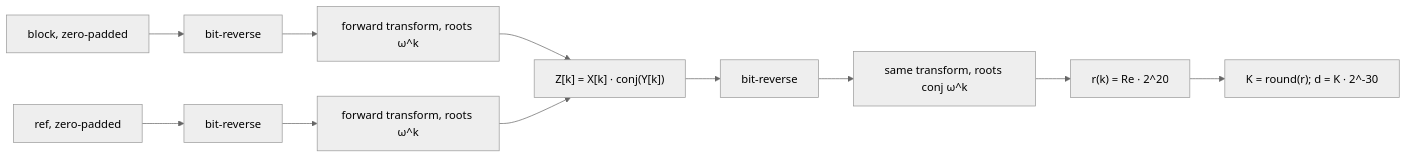
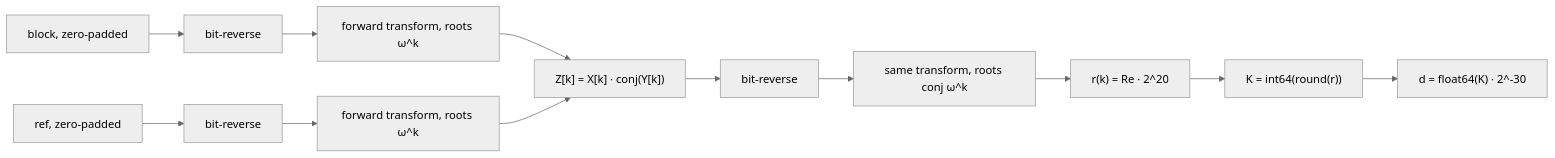
One commit to mniehe/llama-swap-voice changed the diagram in internal/fft/PROOF.md. Above: the diagram before and after it, drawn with Mermaid (neutral theme). The commit also changed other lines of this file, not shown here.

````diff
--- a/internal/fft/PROOF.md
+++ b/internal/fft/PROOF.md
@@ -66,9 +76,9 @@
 ```mermaid
 flowchart LR
   b[block, zero-padded] --> rb[bit-reverse] --> F1[forward transform, roots ω^k]
   r[ref, zero-padded] --> rr[bit-reverse] --> F2[forward transform, roots ω^k]
   F1 --> P["Z[k] = X[k] · conj(Y[k])"]
   F2 --> P
   P --> rz[bit-reverse] --> I[same transform, roots conj ω^k]
-  I --> S["r(k) = Re · 2^20"] --> R["K = round(r); d = K · 2^-30"]
+  I --> S["r(k) = Re · 2^20"] --> R["K = int64(round(r))"] --> D["d = float64(K) · 2^-30"]
 ```
````
